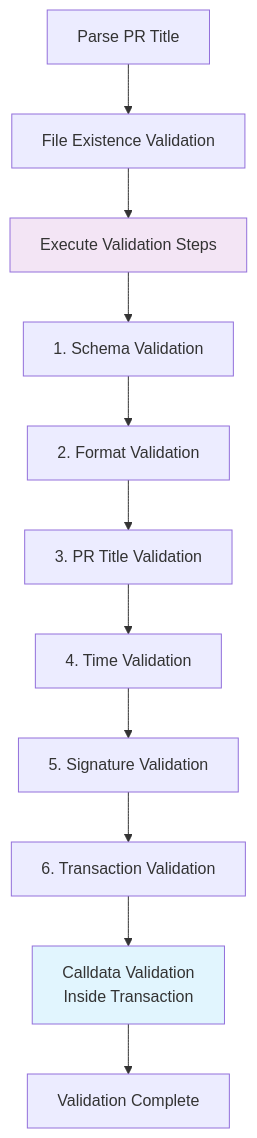
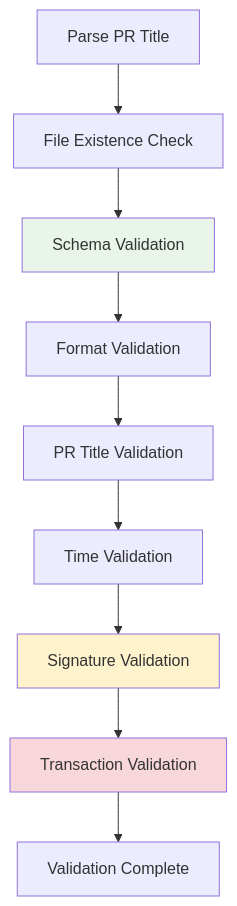
One commit to zzooppii/dao-agenda-metadata-repository changed the diagram in docs/validation-guide.md. Above: the diagram before and after it, drawn with Mermaid. The commit also changed other lines of this file and 4 other files, not shown here.

````diff
--- a/docs/validation-guide.md
+++ b/docs/validation-guide.md
@@ -22,16 +19,15 @@
 ```mermaid
 graph TD
-    A[Parse PR Title] --> B[File Existence Validation]
-    B --> C[Execute Validation Steps]
-    C --> D[1. Schema Validation]
-    D --> E[2. Format Validation]
-    E --> F[3. PR Title Validation]
-    F --> G[4. Time Validation]
-    G --> H[5. Signature Validation]
-    H --> I[6. Transaction Validation]
-    I --> J[Calldata Validation<br/>Inside Transaction]
-    J --> K[Validation Complete]
+    A[Parse PR Title] --> B[File Existence Check]
+    B --> C[Schema Validation]
+    C --> D[Format Validation]
+    D --> E[PR Title Validation]
+    E --> F[Time Validation]
+    F --> G[Signature Validation]
+    G --> H[Transaction Validation]
+    H --> I[Validation Complete]
 
-    style J fill:#e1f5fe
-    style C fill:#f3e5f5
+    style C fill:#e8f5e8
+    style G fill:#fff3cd
+    style H fill:#f8d7da
 ```
````
